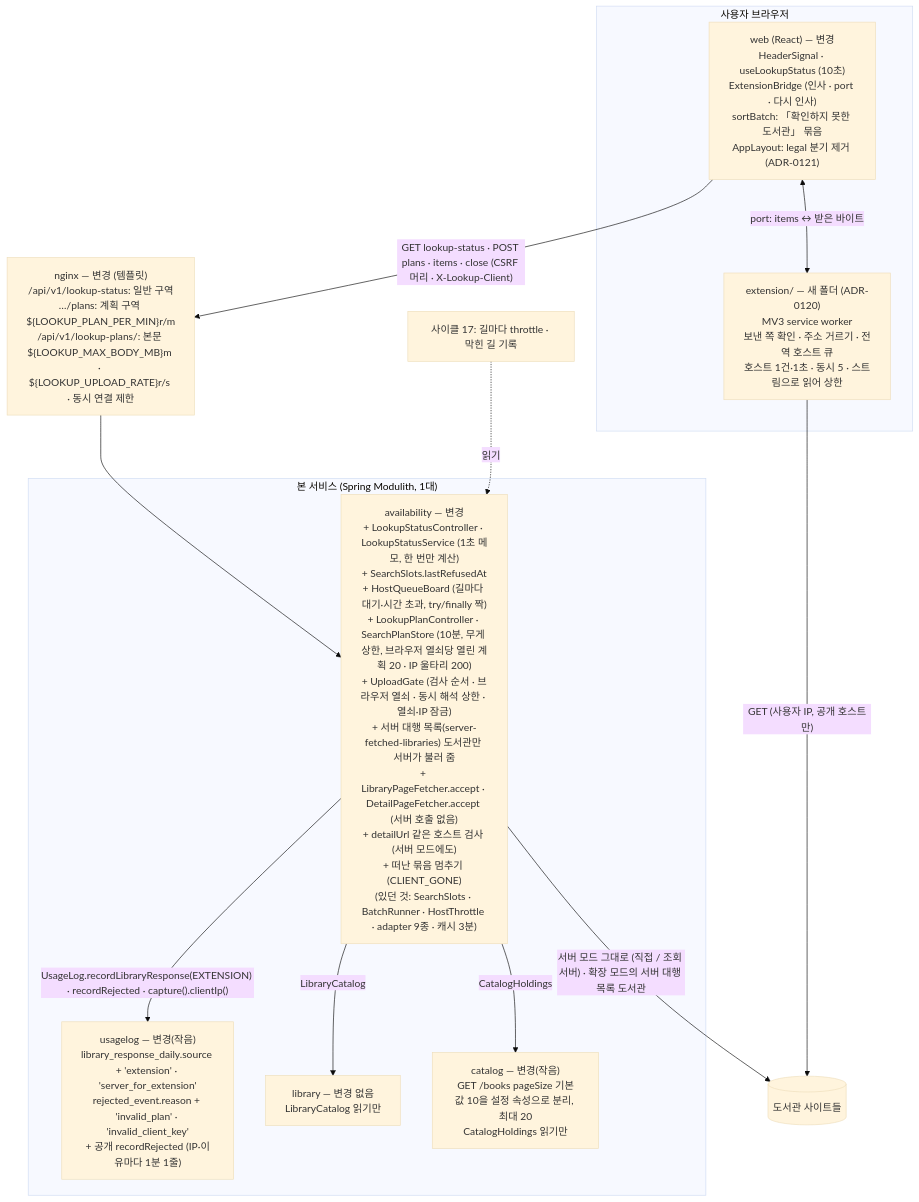
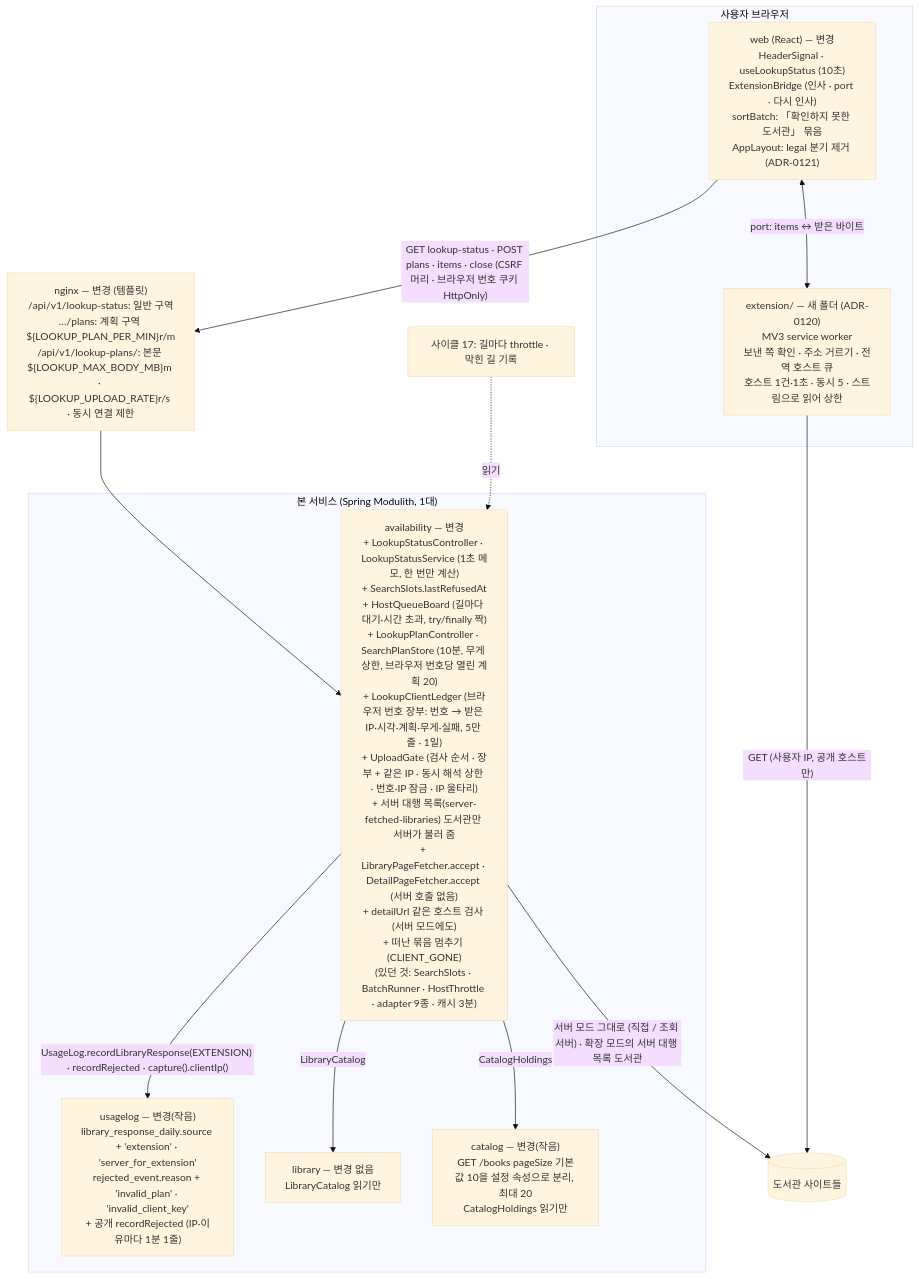
One commit to hodu-sketch/chaekcheck-plan changed the first of 6 diagrams in docs/cycles/20-lookup-status-and-extension/design-delta.md. Above: the diagram before and after it, drawn with Mermaid (base theme). The commit also changed other lines of this file and 5 other files, not shown here.

Commit message:
cycle 20: apply #27 #31-#33 (server browser-number ledger, HttpOnly cookie, IP fence -> try again) and thresholds in settings index

````diff
--- a/docs/cycles/20-lookup-status-and-extension/design-delta.md
+++ b/docs/cycles/20-lookup-status-and-extension/design-delta.md
@@ -16,22 +16,22 @@
 ```mermaid
 flowchart TB
   subgraph browser["사용자 브라우저"]
     web["web (React) — 변경<br/>HeaderSignal · useLookupStatus (10초)<br/>ExtensionBridge (인사 · port · 다시 인사)<br/>sortBatch: 「확인하지 못한 도서관」 묶음<br/>AppLayout: legal 분기 제거 (ADR-0121)"]
     ext["extension/ — 새 폴더 (ADR-0120)<br/>MV3 service worker<br/>보낸 쪽 확인 · 주소 거르기 · 전역 호스트 큐<br/>호스트 1건·1초 · 동시 5 · 스트림으로 읽어 상한"]
   end
   nginx["nginx — 변경 (템플릿)<br/>/api/v1/lookup-status: 일반 구역<br/>…/plans: 계획 구역 ${LOOKUP_PLAN_PER_MIN}r/m<br/>/api/v1/lookup-plans/: 본문 ${LOOKUP_MAX_BODY_MB}m · ${LOOKUP_UPLOAD_RATE}r/s · 동시 연결 제한"]
   subgraph main["본 서비스 (Spring Modulith, 1대)"]
-    av["availability — 변경<br/>+ LookupStatusController · LookupStatusService (1초 메모, 한 번만 계산)<br/>+ SearchSlots.lastRefusedAt<br/>+ HostQueueBoard (길마다 대기·시간 초과, try/finally 짝)<br/>+ LookupPlanController · SearchPlanStore (10분, 무게 상한, 브라우저 열쇠당 열린 계획 20 · IP 울타리 200)<br/>+ UploadGate (검사 순서 · 브라우저 열쇠 · 동시 해석 상한 · 열쇠·IP 잠금)<br/>+ 서버 대행 목록(server-fetched-libraries) 도서관만 서버가 불러 줌<br/>+ LibraryPageFetcher.accept · DetailPageFetcher.accept (서버 호출 없음)<br/>+ detailUrl 같은 호스트 검사 (서버 모드에도)<br/>+ 떠난 묶음 멈추기 (CLIENT_GONE)<br/>(있던 것: SearchSlots · BatchRunner · HostThrottle · adapter 9종 · 캐시 3분)"]
+    av["availability — 변경<br/>+ LookupStatusController · LookupStatusService (1초 메모, 한 번만 계산)<br/>+ SearchSlots.lastRefusedAt<br/>+ HostQueueBoard (길마다 대기·시간 초과, try/finally 짝)<br/>+ LookupPlanController · SearchPlanStore (10분, 무게 상한, 브라우저 번호당 열린 계획 20)<br/>+ LookupClientLedger (브라우저 번호 장부: 번호 → 받은 IP·시각·계획·무게·실패, 5만 줄 · 1일)<br/>+ UploadGate (검사 순서 · 장부 + 같은 IP · 동시 해석 상한 · 번호·IP 잠금 · IP 울타리)<br/>+ 서버 대행 목록(server-fetched-libraries) 도서관만 서버가 불러 줌<br/>+ LibraryPageFetcher.accept · DetailPageFetcher.accept (서버 호출 없음)<br/>+ detailUrl 같은 호스트 검사 (서버 모드에도)<br/>+ 떠난 묶음 멈추기 (CLIENT_GONE)<br/>(있던 것: SearchSlots · BatchRunner · HostThrottle · adapter 9종 · 캐시 3분)"]
     ul["usagelog — 변경(작음)<br/>library_response_daily.source + 'extension' · 'server_for_extension'<br/>rejected_event.reason + 'invalid_plan' · 'invalid_client_key'<br/>+ 공개 recordRejected (IP·이유마다 1분 1줄)"]
     lib["library — 변경 없음<br/>LibraryCatalog 읽기만"]
     cat["catalog — 변경(작음)<br/>GET /books pageSize 기본값 10을 설정 속성으로 분리, 최대 20<br/>CatalogHoldings 읽기만"]
     av -->|"UsageLog.recordLibraryResponse(EXTENSION) · recordRejected · capture().clientIp()"| ul
     av -->|"LibraryCatalog"| lib
     av -->|"CatalogHoldings"| cat
   end
-  web -->|"GET lookup-status · POST plans · items · close (CSRF 머리 · X-Lookup-Client)"| nginx --> av
+  web -->|"GET lookup-status · POST plans · items · close (CSRF 머리 · 브라우저 번호 쿠키 HttpOnly)"| nginx --> av
   web <-->|"port: items ↔ 받은 바이트"| ext
   ext -->|"GET (사용자 IP, 공개 호스트만)"| sites[("도서관 사이트들")]
   av -->|"서버 모드 그대로 (직접 / 조회 서버) · 확장 모드의 서버 대행 목록 도서관"| sites
   bl["사이클 17: 길마다 throttle · 막힌 길 기록"] -.->|"읽기"| av
 ```
````
